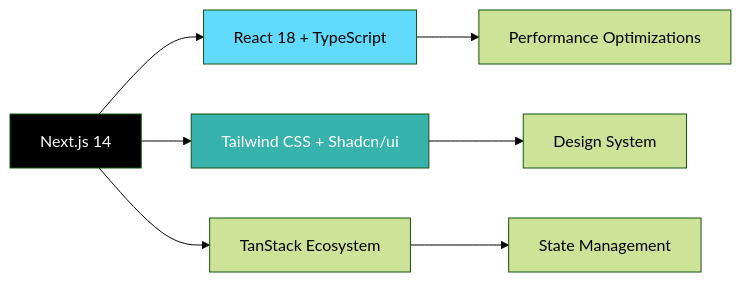
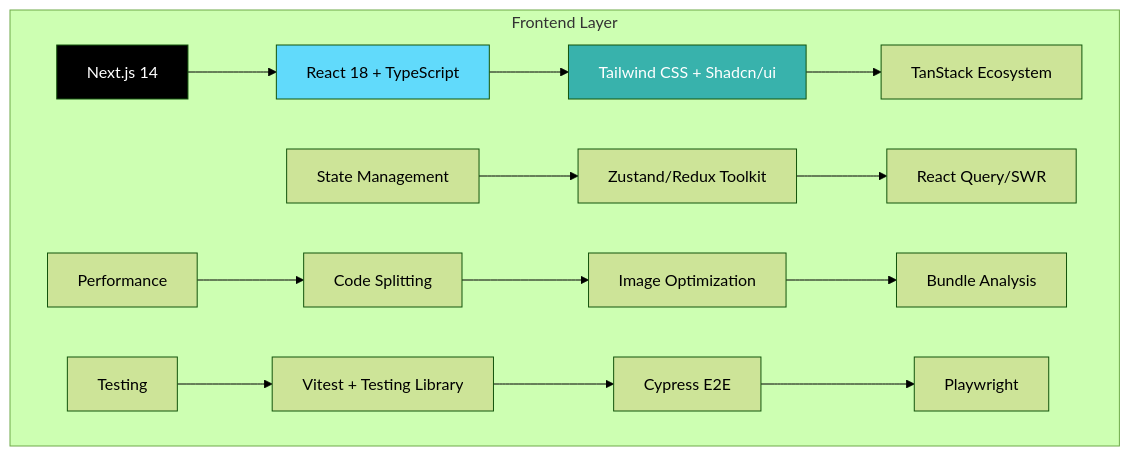
One commit to mentech93/mentech93 changed the second of 9 diagrams in README.md. Above: the diagram before and after it, drawn with Mermaid (forest theme). The commit also changed other lines of this file, not shown here.

````diff
--- a/README.md
+++ b/README.md
@@ -52,13 +154,23 @@
 ```mermaid
-graph LR
-    A[Next.js 14] --> B[React 18 + TypeScript]
-    A --> C[Tailwind CSS + Shadcn/ui]
-    A --> D[TanStack Ecosystem]
-    B --> E[Performance Optimizations]
-    C --> F[Design System]
-    D --> G[State Management]
+graph TB
+    subgraph "Frontend Layer"
+        A1[Next.js 14] --> A2[React 18 + TypeScript]
+        A2 --> A3[Tailwind CSS + Shadcn/ui]
+        A3 --> A4[TanStack Ecosystem]
+        
+        B1[State Management] --> B2[Zustand/Redux Toolkit]
+        B2 --> B3[React Query/SWR]
+        
+        C1[Performance] --> C2[Code Splitting]
+        C2 --> C3[Image Optimization]
+        C3 --> C4[Bundle Analysis]
+        
+        D1[Testing] --> D2[Vitest + Testing Library]
+        D2 --> D3[Cypress E2E]
+        D3 --> D4[Playwright]
+    end
     
-    style A fill:#000000,color:#fff
-    style B fill:#61DAFB,color:#000
-    style C fill:#38B2AC,color:#fff
+    style A1 fill:#000000,color:#fff
+    style A2 fill:#61DAFB,color:#000
+    style A3 fill:#38B2AC,color:#fff
 ```
````
